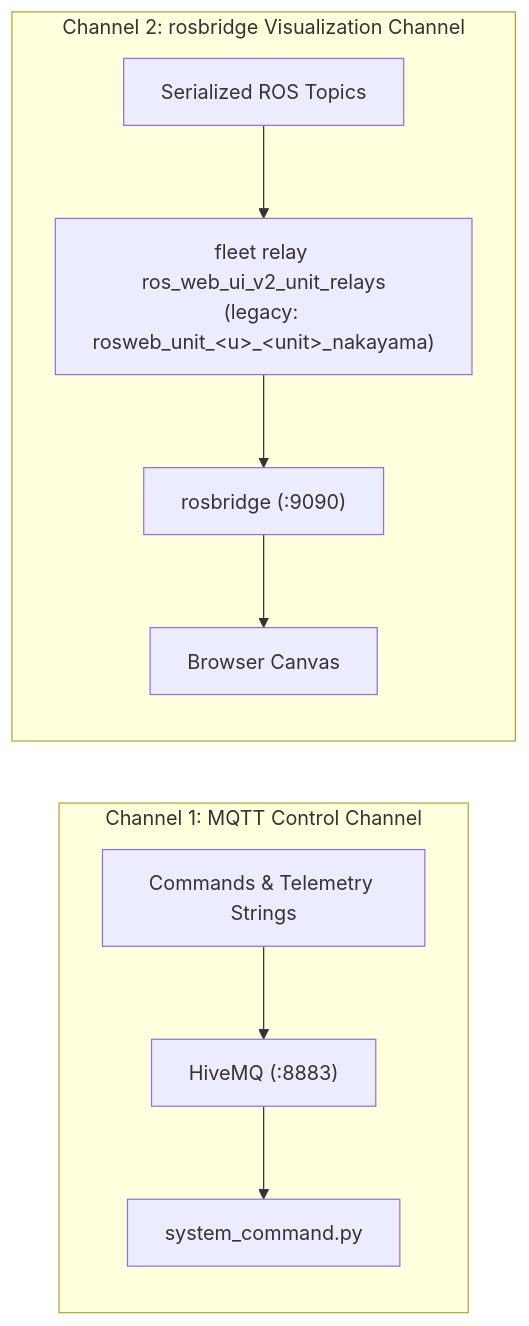
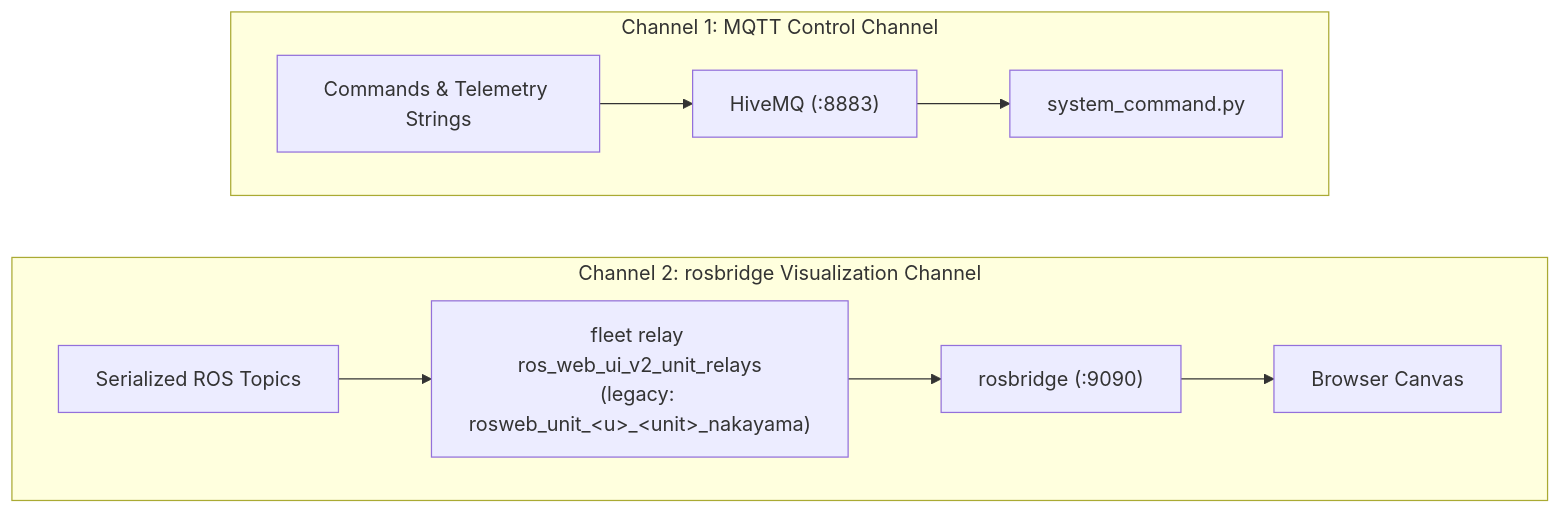
One commit to itbdelaboprogramming/msd700_documentation changed the second of 7 diagrams in docs/development/architecture.md. Above: the diagram before and after it, drawn with Mermaid. The commit also changed other lines of this file and 340 other files, not shown here.

````diff
--- a/docs/development/architecture.md
+++ b/docs/development/architecture.md
@@ -110,10 +110,14 @@
 ```mermaid
-flowchart LR
+flowchart TB
   subgraph Channel1["Channel 1: MQTT Control Channel"]
+    direction LR
     M1["Commands & Telemetry Strings"] --> M2["HiveMQ (:8883)"] --> M3["system_command.py"]
   end
 
   subgraph Channel2["Channel 2: rosbridge Visualization Channel"]
+    direction LR
     R1["Serialized ROS Topics"] --> R2["fleet relay ros_web_ui_v2_unit_relays<br/>(legacy: rosweb_unit_#lt;u#gt;_#lt;unit#gt;_nakayama)"] --> R3["rosbridge (:9090)"] --> R4["Browser Canvas"]
   end
+
+  Channel1 ~~~ Channel2
 ```
````
